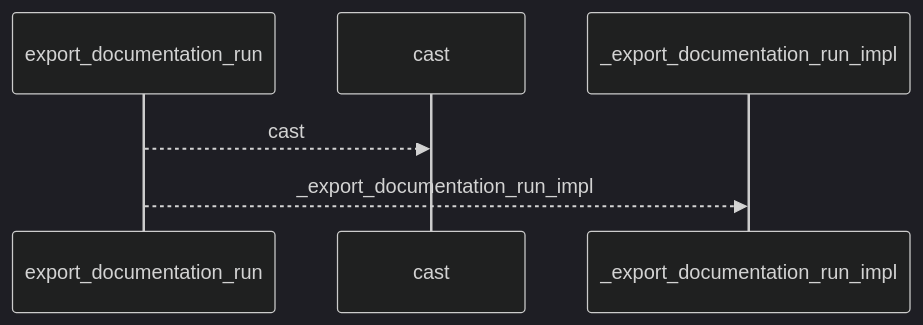
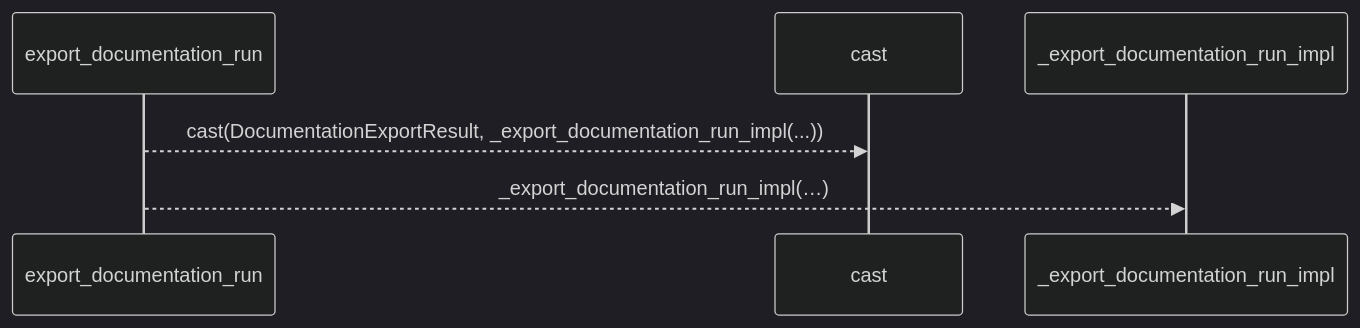
The first of 2 diagrams in docs/llm_wiki/flows/api-export_documentation_run-api.md (Denissvgn/python-wiki-llm), drawn with Mermaid (dark theme) before and after one commit. The commit also changed other lines of this file and 1410 other files, not shown here.

````diff
--- a/docs/llm_wiki/flows/api-export_documentation_run-api.md
+++ b/docs/llm_wiki/flows/api-export_documentation_run-api.md
@@ -10,8 +12,8 @@
 ```mermaid
 sequenceDiagram
     participant p0 as export_documentation_run
     participant p1 as cast
     participant p2 as _export_documentation_run_impl
-    p0-->>p1: cast
-    p0-->>p2: _export_documentation_run_impl
+    p0-->>p1: cast(DocumentationExportResult, _export_documentation_run_impl(...))
+    p0-->>p2: _export_documentation_run_impl(…)
 ```
````
